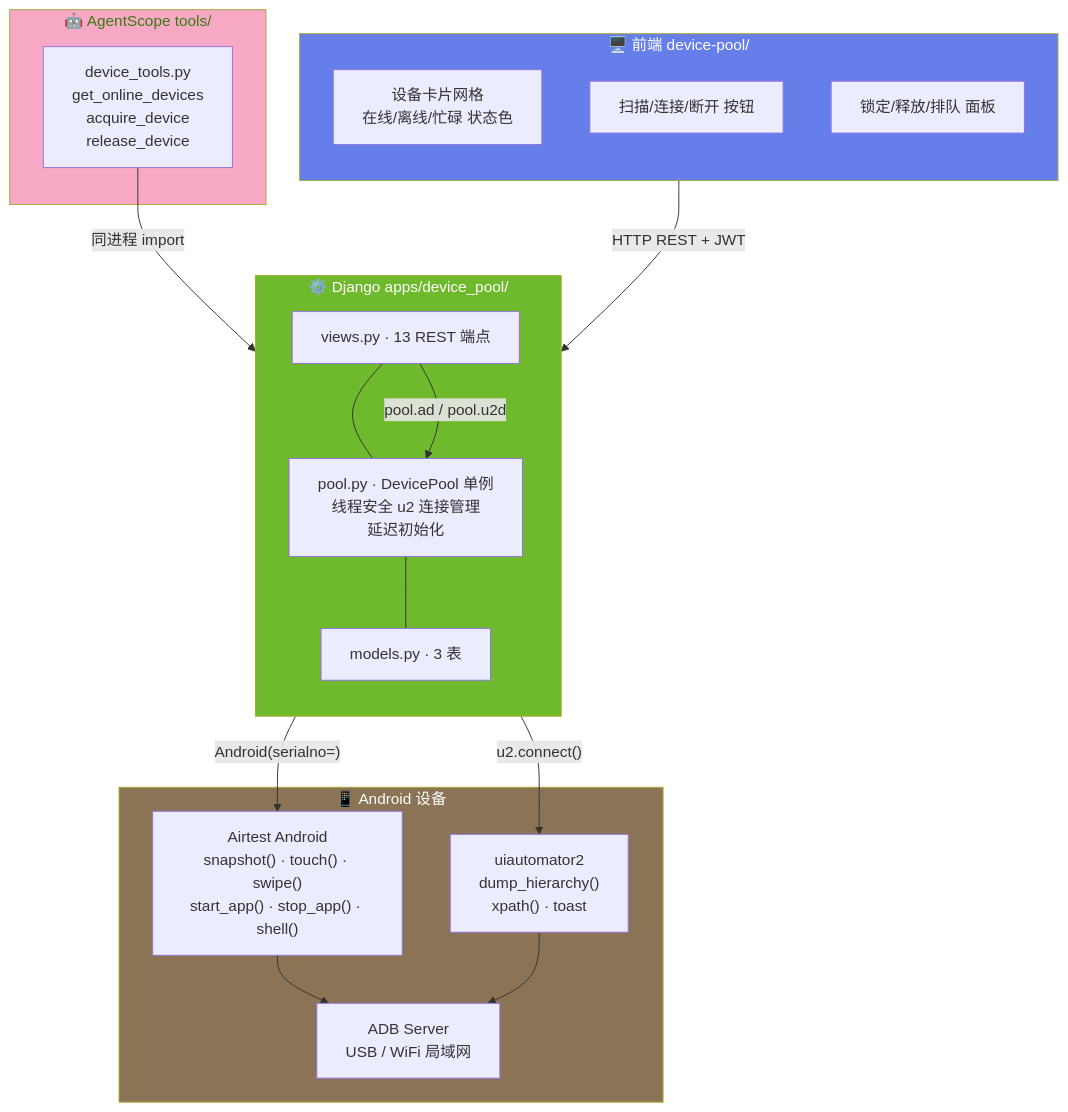
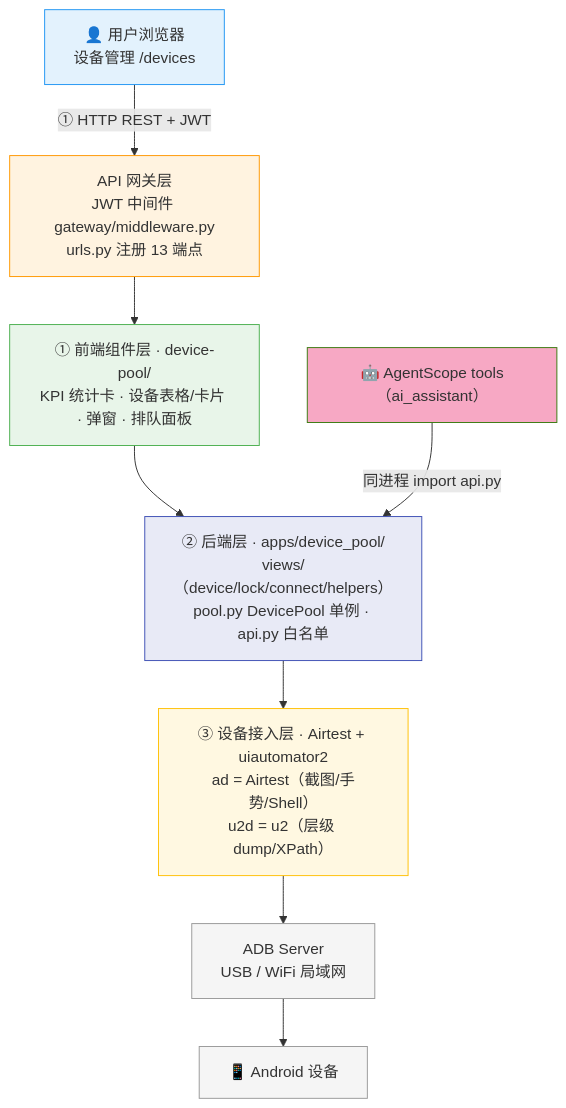
The first of 6 diagrams in dev_docs/03-设计与架构/ARCH-02-设备管理.md (Kahoku-lazy/Android-AutoTests), drawn with Mermaid before and after one commit. The commit also changed other lines of this file and 77 other files, not shown here.

````diff
--- a/dev_docs/03-设计与架构/ARCH-02-设备管理.md
+++ b/dev_docs/03-设计与架构/ARCH-02-设备管理.md
@@ -25,40 +38,26 @@
 ```mermaid
-flowchart TB
-    subgraph Frontend_DP["🖥️ 前端 device-pool/"]
-        direction TB
-        DeviceGrid["设备卡片网格<br/>在线/离线/忙碌 状态色"]
-        ScanBtn["扫描/连接/断开 按钮"]
-        LockPanel["锁定/释放/排队 面板"]
-    end
+flowchart TD
+    U["👤 用户浏览器<br/>设备管理 /devices"]
 
-    subgraph Django_DP["⚙️ Django apps/device_pool/"]
-        direction TB
-        Views["views.py · 13 REST 端点"]
-        Pool["pool.py · DevicePool 单例<br/>线程安全 u2 连接管理<br/>延迟初始化"]
-        Models["models.py · 3 表"]
-        Views --- Pool --- Models
-    end
+    U -->|"① HTTP REST + JWT"| GATEWAY["API 网关层<br/>JWT 中间件 gateway/middleware.py<br/>urls.py 注册 13 端点"]
 
-    subgraph AgentScope_DP["🤖 AgentScope tools/"]
-        DevTools["device_tools.py<br/>get_online_devices<br/>acquire_device<br/>release_device"]
-    end
+    GATEWAY --> V["① 前端组件层 · device-pool/<br/>KPI 统计卡 · 设备表格/卡片 · 弹窗 · 排队面板"]
 
-    subgraph Device_DP["📱 Android 设备"]
-        ADB["ADB Server<br/>USB / WiFi 局域网"]
-        Airtest["Airtest Android<br/>snapshot() · touch() · swipe()<br/>start_app() · stop_app() · shell()"]
-        U2["uiautomator2<br/>dump_hierarchy()<br/>xpath() · toast"]
-    end
+    V --> L2["② 后端层 · apps/device_pool/<br/>views/（device/lock/connect/helpers）<br/>pool.py DevicePool 单例 · api.py 白名单"]
 
-    Frontend_DP -->|"HTTP REST + JWT"| Views
-    DevTools -->|"同进程 import"| Views
-    Views -->|"pool.ad / pool.u2d"| Pool
-    Pool -->|"Android(serialno=)"| Airtest
-    Pool -->|"u2.connect()"| U2
-    Airtest --> ADB
-    U2 --> ADB
+    L2 --> L3["③ 设备接入层 · Airtest + uiautomator2<br/>ad = Airtest（截图/手势/Shell）<br/>u2d = u2（层级 dump/XPath）"]
 
-    style Frontend_DP fill:#667eea,color:#fff
-    style Django_DP fill:#6fba2c,color:#fff
-    style AgentScope_DP fill:#f7a8c4,color:#3a7a10
-    style Device_DP fill:#8b7355,color:#fff
+    L3 --> ADB["ADB Server<br/>USB / WiFi 局域网"]
+    ADB --> DEV["📱 Android 设备"]
+
+    AS["🤖 AgentScope tools（ai_assistant）"] -->|"同进程 import api.py"| L2
+
+    style U fill:#e3f2fd,stroke:#2196f3
+    style GATEWAY fill:#fff3e0,stroke:#ff9800
+    style V fill:#e8f5e9,stroke:#4caf50
+    style L2 fill:#e8eaf6,stroke:#3f51b5
+    style L3 fill:#fff8e1,stroke:#ffc107
+    style ADB fill:#f5f5f5,stroke:#999
+    style DEV fill:#f5f5f5,stroke:#999
+    style AS fill:#f7a8c4,stroke:#3a7a10
 ```
````
